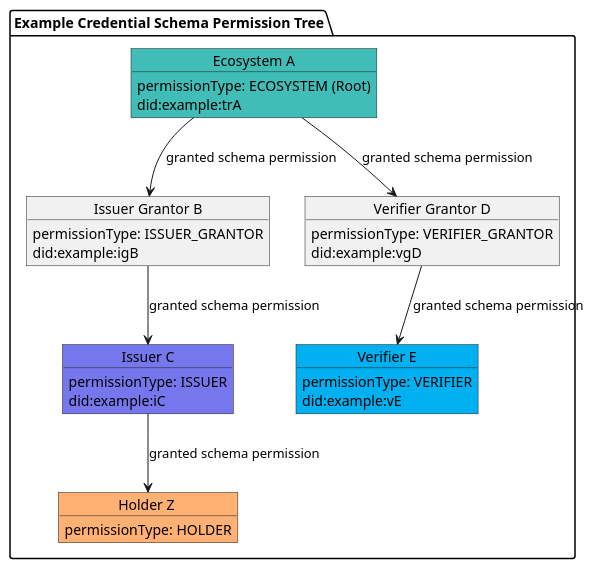
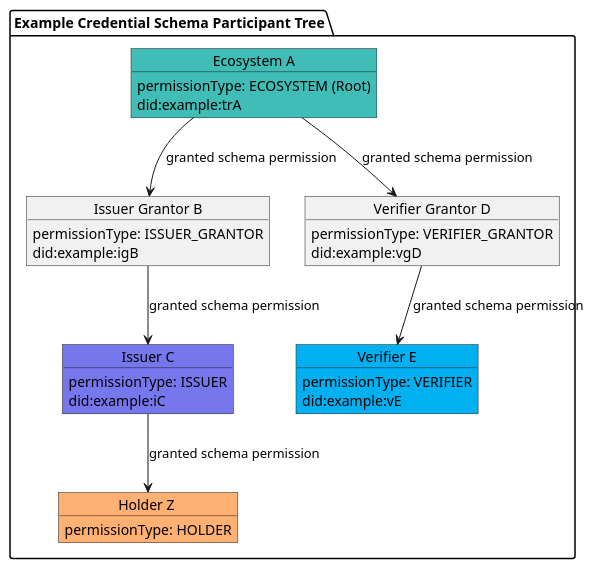
One commit to verana-labs/verifiable-trust-vpr-spec changed diagram 13 of 20 in spec.md. Above: the diagram before and after it, drawn with PlantUML. The commit also changed other lines of this file, not shown here.

````diff
--- a/spec.md
+++ b/spec.md
@@ -2712,45 +2712,45 @@
 ```plantuml
 
 @startuml
 scale max 800 width
  
-package "Example Credential Schema Permission Tree" as cs {
+package "Example Credential Schema Participant Tree" as cs {
 
     object "Ecosystem A" as tr #3fbdb6 {
         permissionType: ECOSYSTEM (Root)
         did:example:trA
     }
     object "Issuer Grantor B" as ig {
         permissionType: ISSUER_GRANTOR
         did:example:igB
     }
     object "Issuer C" as issuer #7677ed  {
         permissionType: ISSUER
         did:example:iC
     }
     object "Verifier Grantor D" as vg {
         permissionType: VERIFIER_GRANTOR
         did:example:vgD
     }
     object "Verifier E" as verifier #00b0f0 {
         permissionType: VERIFIER
         did:example:vE
     }
     object "Holder Z " as holder #FFB073 {
         permissionType: HOLDER
     }
 }
 
 
 
 tr --> ig : granted schema permission
 ig --> issuer : granted schema permission
 
 tr --> vg : granted schema permission
 vg --> verifier : granted schema permission
 
 issuer --> holder: granted schema permission
 
 @enduml
 
 ```
````
